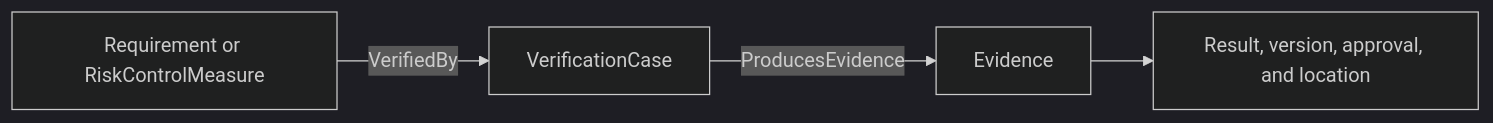
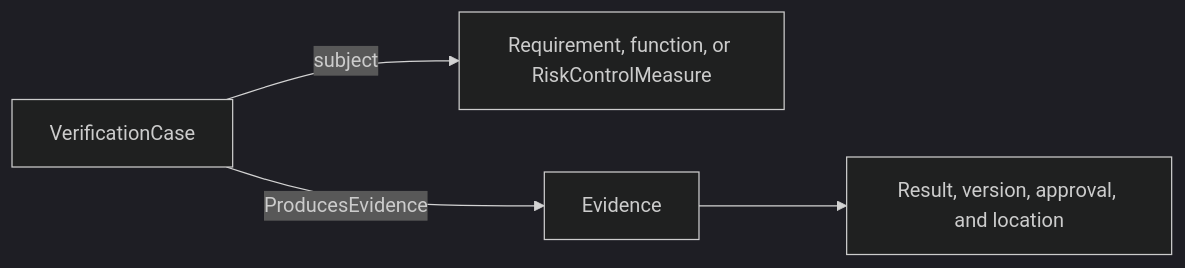
One commit to memoarchitect/memo changed the diagram in docs/modeling/views-evidence.md. Above: the diagram before and after it, drawn with Mermaid (dark theme). The commit also changed 9 other files, not shown here.

````diff
--- a/docs/modeling/views-evidence.md
+++ b/docs/modeling/views-evidence.md
@@ -40,6 +40,6 @@
 ```mermaid
 flowchart LR
-    Claim[Requirement or RiskControlMeasure] -->|VerifiedBy| Case[VerificationCase]
+    Case[VerificationCase] -->|subject| Claim[Requirement, function, or RiskControlMeasure]
     Case -->|ProducesEvidence| Evidence[Evidence]
     Evidence --> Result[Result, version, approval, and location]
 ```
````
